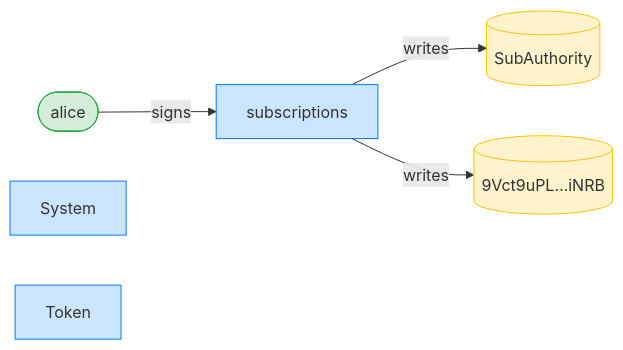
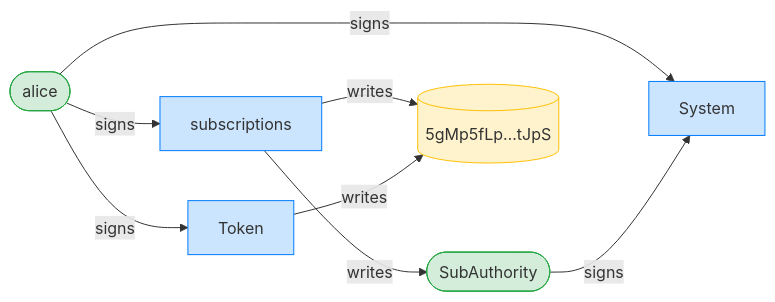
One commit to cds-rs/subscriptions changed the third of 8 diagrams in dsl_tests/a-closed-authority-account-is-zeroed.md. Above: the diagram before and after it, drawn with Mermaid. The commit also changed other lines of this file and 224 other files, not shown here.

````diff
--- a/dsl_tests/a-closed-authority-account-is-zeroed.md
+++ b/dsl_tests/a-closed-authority-account-is-zeroed.md
@@ -53,15 +54,19 @@
 ```mermaid
 flowchart LR
     classDef signer fill:#d4edda,stroke:#28a745;
     classDef program fill:#cce5ff,stroke:#007bff;
     classDef writable fill:#fff3cd,stroke:#ffc107;
     subscriptions[subscriptions]:::program
     alice([alice]):::signer
-    SubAuthority[(SubAuthority)]:::writable
-    9Vct9uPL_iNRB[("9Vct9uPL…iNRB")]:::writable
+    SubAuthority([SubAuthority]):::signer
+    5gMp5fLp_tJpS[("5gMp5fLp…tJpS")]:::writable
     System[System]:::program
     Token[Token]:::program
     alice -->|signs| subscriptions
+    alice -->|signs| System
+    SubAuthority -->|signs| System
+    alice -->|signs| Token
     subscriptions -->|writes| SubAuthority
-    subscriptions -->|writes| 9Vct9uPL_iNRB
+    subscriptions -->|writes| 5gMp5fLp_tJpS
+    Token -->|writes| 5gMp5fLp_tJpS
 ```
````
